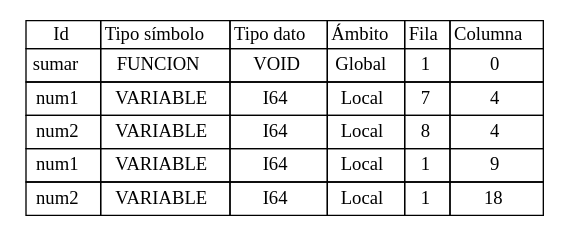
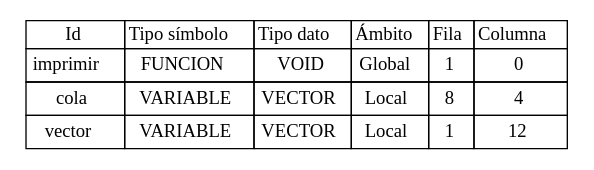
Before and after one commit to Jodyannre/COMPI2_proyecto2_2022: the diagram in Back/Web/tablas/tablaSimbolos.dot, drawn with Graphviz. The commit also changed 10 other files, not shown here.

```diff
--- a/Back/Web/tablas/tablaSimbolos.dot
+++ b/Back/Web/tablas/tablaSimbolos.dot
@@ -1,108 +1,72 @@
 
 	digraph {
 		tablaSimbolos [
 		  shape=plaintext
 		  label=<
 			<table border='0' cellborder='1' color='black' cellspacing='0'>
 			  <tr>
 				  <td>Id</td>
 				  <td>Tipo símbolo</td>
 				  <td>Tipo dato</td>
 				  <td>Ámbito</td>
 				  <td>Fila</td>
 				  <td>Columna</td>
 			  </tr>
 	
 <tr>
 <td cellpadding='4'>
-sumar
+imprimir
 </td>
 <td cellpadding='4'>FUNCION
 </td>
 <td cellpadding='4'>VOID
 </td>
 <td cellpadding='4'>Global
 </td>
 <td cellpadding='4'>
 1
 </td>
 <td cellpadding='4'>
 0
 </td>
 </tr>
 
 <tr>
 <td cellpadding='4'>
-num1
+cola
 </td>
 <td cellpadding='4'>VARIABLE
 </td>
-<td cellpadding='4'>I64
-</td>
-<td cellpadding='4'>Local
-</td>
-<td cellpadding='4'>
-7
-</td>
-<td cellpadding='4'>
-4
-</td>
-</tr>
-
-<tr>
-<td cellpadding='4'>
-num2
-</td>
-<td cellpadding='4'>VARIABLE
-</td>
-<td cellpadding='4'>I64
+<td cellpadding='4'>VECTOR
 </td>
 <td cellpadding='4'>Local
 </td>
 <td cellpadding='4'>
 8
 </td>
 <td cellpadding='4'>
 4
 </td>
 </tr>
 
 <tr>
 <td cellpadding='4'>
-num1
+vector
 </td>
 <td cellpadding='4'>VARIABLE
 </td>
-<td cellpadding='4'>I64
+<td cellpadding='4'>VECTOR
 </td>
 <td cellpadding='4'>Local
 </td>
 <td cellpadding='4'>
 1
 </td>
 <td cellpadding='4'>
-9
-</td>
-</tr>
-
-<tr>
-<td cellpadding='4'>
-num2
-</td>
-<td cellpadding='4'>VARIABLE
-</td>
-<td cellpadding='4'>I64
-</td>
-<td cellpadding='4'>Local
-</td>
-<td cellpadding='4'>
-1
-</td>
-<td cellpadding='4'>
-18
+12
 </td>
 </tr>
 
 		</table>
 		>];
 	}
```
